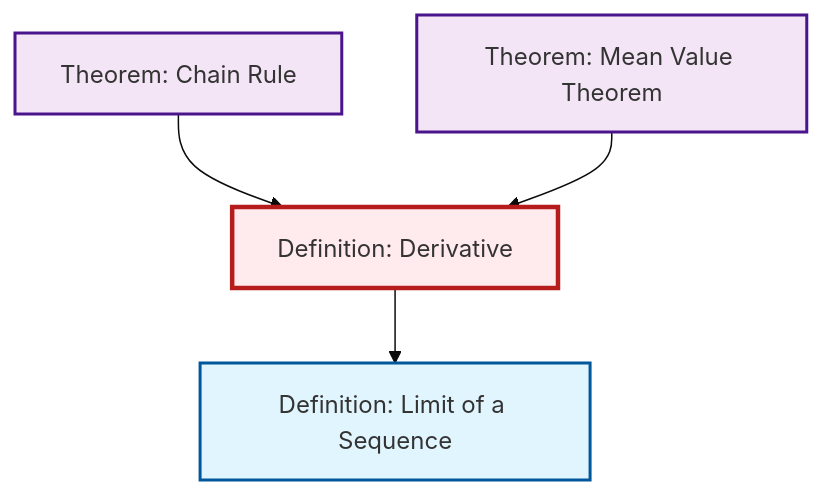
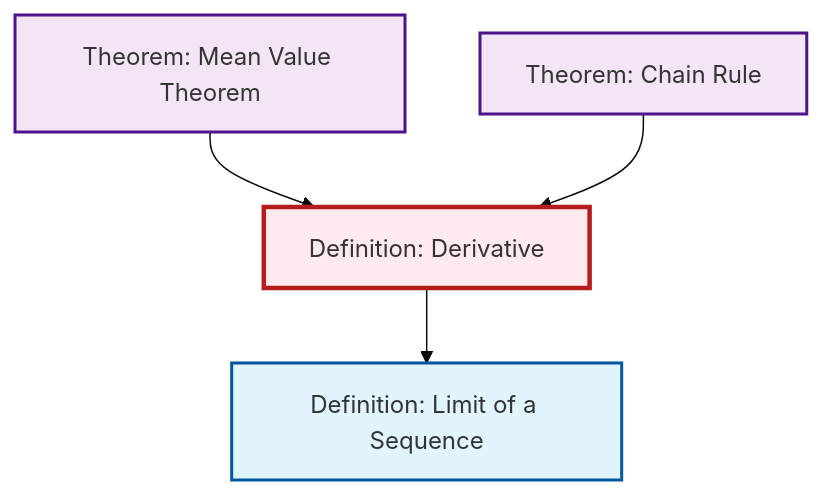
Before and after one commit to RK0429/ModernMath: the second of 2 diagrams in content/ja/analysis/def-derivative.qmd, drawn with Mermaid (base theme). The commit also changed other lines of this file and 615 other files, not shown here.

````diff
--- a/content/ja/analysis/def-derivative.qmd
+++ b/content/ja/analysis/def-derivative.qmd
@@ -83,20 +83,20 @@
 ```{mermaid}
 %%| fig-cap: "Local dependency graph"
 graph TD
     classDef definition fill:#e1f5fe,stroke:#01579b,stroke-width:2px
     classDef theorem fill:#f3e5f5,stroke:#4a148c,stroke-width:2px
     classDef axiom fill:#fff3e0,stroke:#e65100,stroke-width:2px
     classDef example fill:#e8f5e9,stroke:#1b5e20,stroke-width:2px
     classDef current fill:#ffebee,stroke:#b71c1c,stroke-width:3px
+    thm-mean-value["Theorem: Mean Value Theorem"]:::theorem
+    thm-chain-rule["Theorem: Chain Rule"]:::theorem
+    def-derivative["Definition: Derivative"]:::definition
     def-limit["Definition: Limit of a Sequence"]:::definition
-    thm-mean-value["Theorem: Mean Value Theorem"]:::theorem
-    def-derivative["Definition: Derivative"]:::definition
-    thm-chain-rule["Theorem: Chain Rule"]:::theorem
+    thm-mean-value --> def-derivative
+    def-derivative --> def-limit
     thm-chain-rule --> def-derivative
-    def-derivative --> def-limit
-    thm-mean-value --> def-derivative
     class def-derivative current
-    click def-limit "def-limit.html" "Definition: Limit of a Sequenceへ"
     click thm-mean-value "thm-mean-value.html" "Theorem: Mean Value Theoremへ"
     click thm-chain-rule "thm-chain-rule.html" "Theorem: Chain Ruleへ"
+    click def-limit "def-limit.html" "Definition: Limit of a Sequenceへ"
 ```
````
